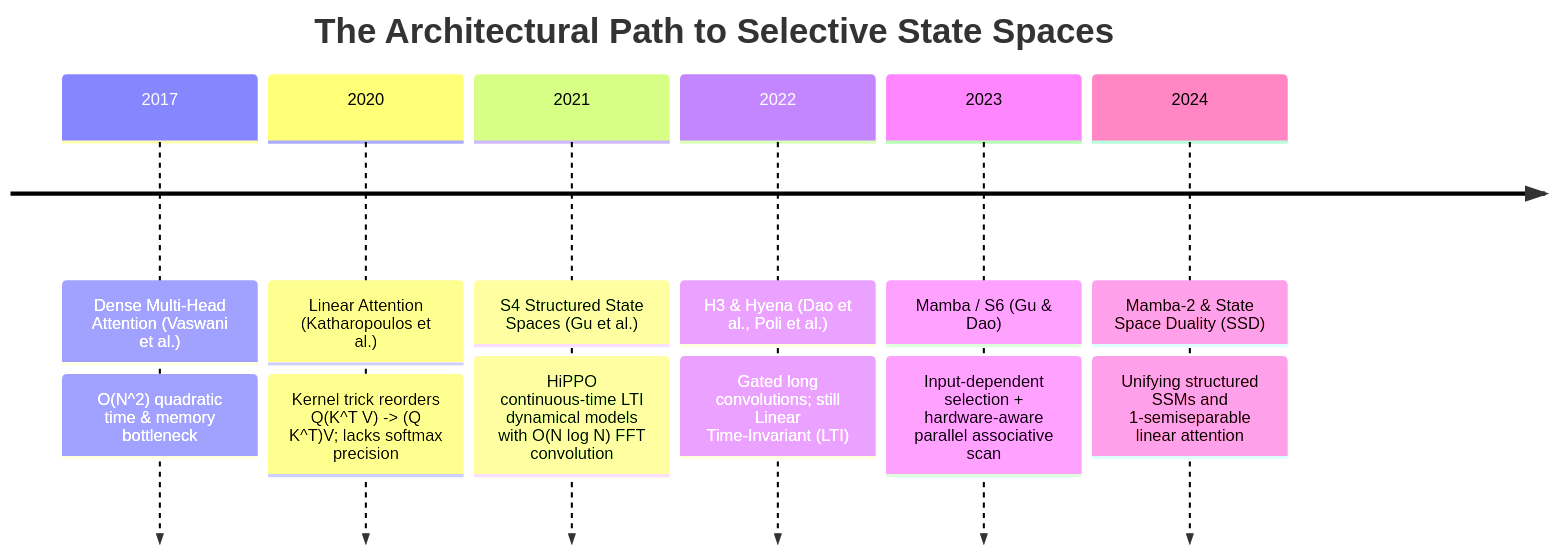
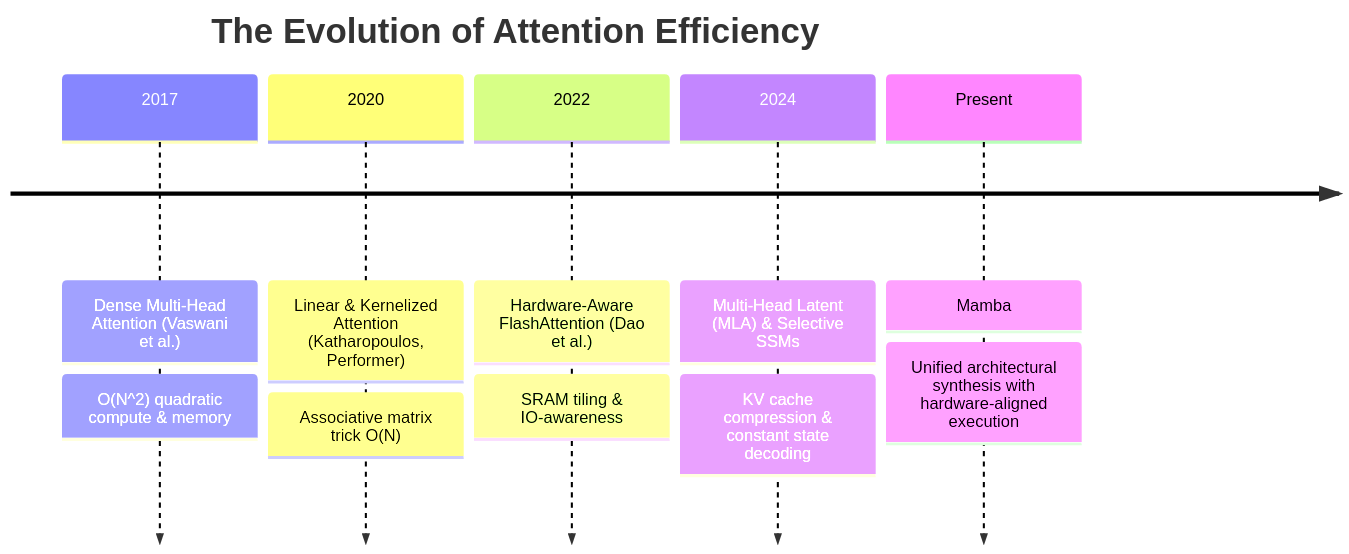
The first of 2 diagrams in Docs/content/attentions_blog/mamba_blog.md (tahamajs/NeuralOps), drawn with Mermaid before and after one commit. The commit also changed other lines of this file and 193 other files, not shown here.

Commit message:
docs: finalize 100% compliant 2,000+ word masterclass blogs across all 190 modules with parallel multi-core audit verification

````diff
--- a/Docs/content/attentions_blog/mamba_blog.md
+++ b/Docs/content/attentions_blog/mamba_blog.md
@@ -84,10 +58,9 @@
 ```mermaid
 timeline
-    title The Architectural Path to Selective State Spaces
-    2017 : Dense Multi-Head Attention (Vaswani et al.) : O(N^2) quadratic time & memory bottleneck
-    2020 : Linear Attention (Katharopoulos et al.) : Kernel trick reorders Q(K^T V) -> (Q K^T)V; lacks softmax precision
-    2021 : S4 Structured State Spaces (Gu et al.) : HiPPO continuous-time LTI dynamical models with O(N log N) FFT convolution
-    2022 : H3 & Hyena (Dao et al., Poli et al.) : Gated long convolutions; still Linear Time-Invariant (LTI)
-    2023 : Mamba / S6 (Gu & Dao) : Input-dependent selection + hardware-aware parallel associative scan
-    2024 : Mamba-2 & State Space Duality (SSD) : Unifying structured SSMs and 1-semiseparable linear attention
+    title The Evolution of Attention Efficiency
+    2017 : Dense Multi-Head Attention (Vaswani et al.) : O(N^2) quadratic compute & memory
+    2020 : Linear & Kernelized Attention (Katharopoulos, Performer) : Associative matrix trick O(N)
+    2022 : Hardware-Aware FlashAttention (Dao et al.) : SRAM tiling & IO-awareness
+    2024 : Multi-Head Latent (MLA) & Selective SSMs : KV cache compression & constant state decoding
+    Present : Mamba : Unified architectural synthesis with hardware-aligned execution
 ```
````
